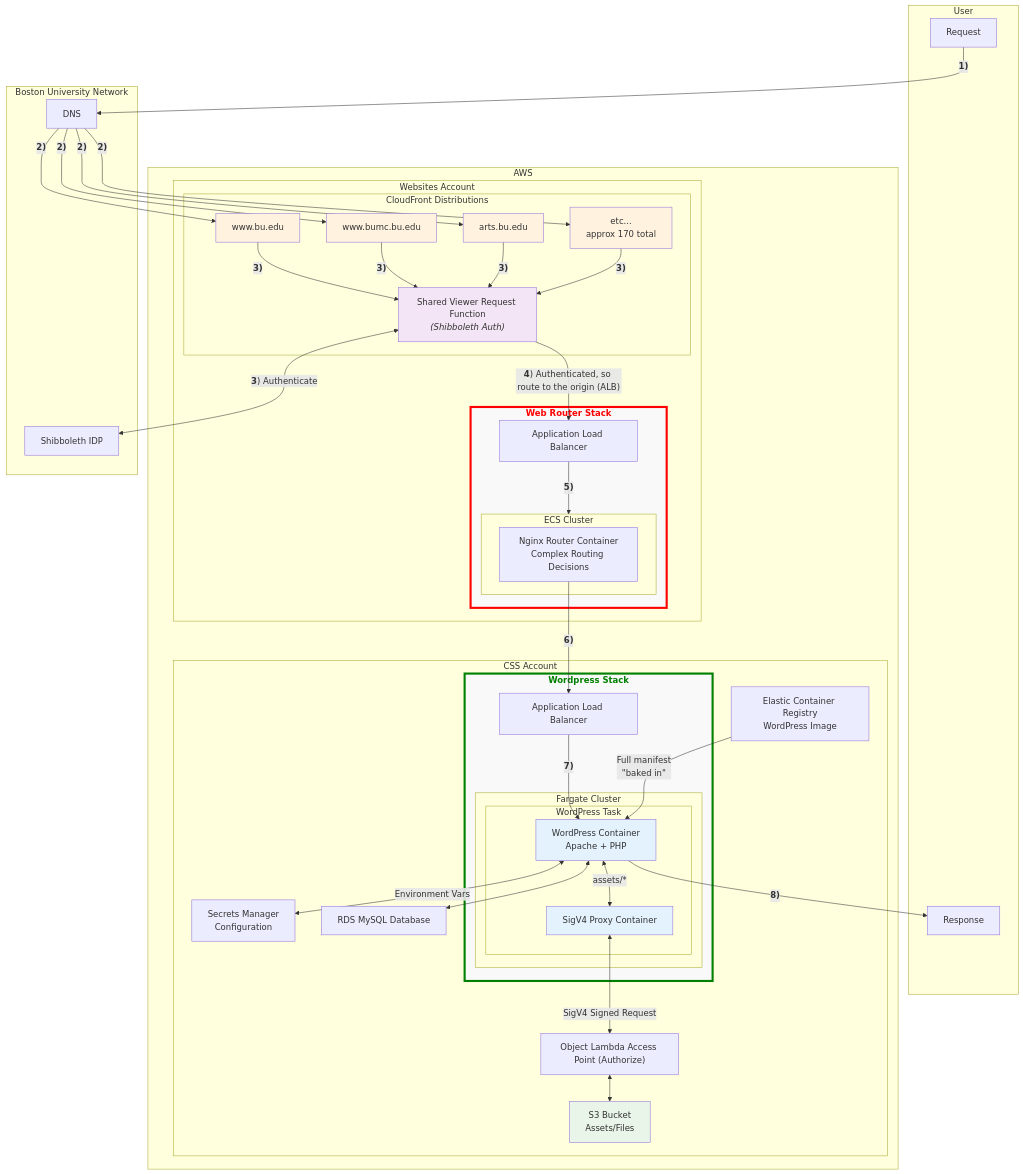
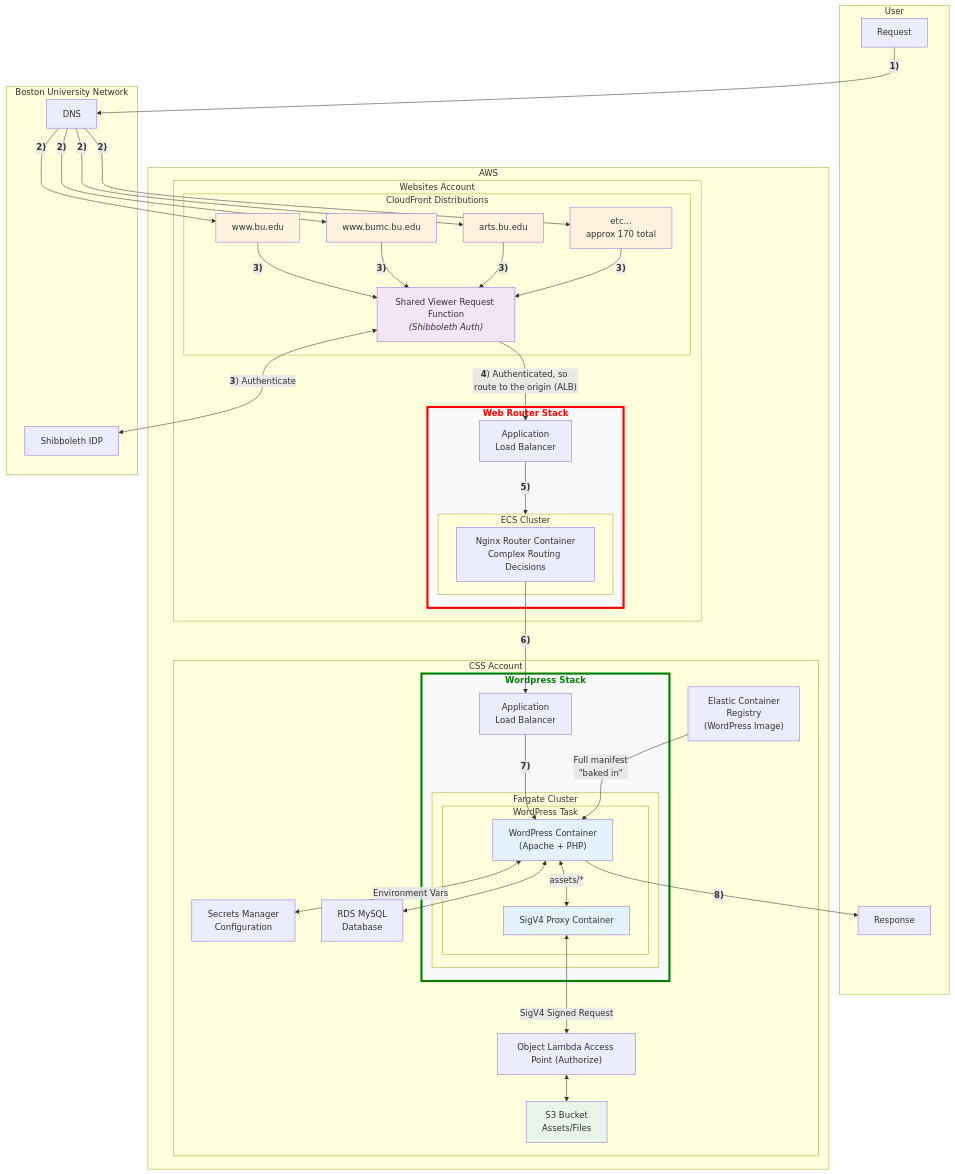
The diagram in docs/phase2-with-webrouter-A.md (whennemuth/bu-wp-ecs), drawn with Mermaid before and after one commit. The commit also changed 1 other file, not shown here.

Commit message:
Adding scenario B for shibsp as a sidecar container

```diff
--- a/docs/phase2-with-webrouter-A.md
+++ b/docs/phase2-with-webrouter-A.md
@@ -16,7 +16,7 @@
             end
             
             subgraph RTR[Web Router Stack]
-                ALB1[Application Load Balancer]
+                ALB1[Application<br>Load Balancer]
                 subgraph ECS[ECS Cluster]
                     NGINX[Nginx Router Container<br/>Complex Routing Decisions]
                 end
@@ -25,18 +25,18 @@
 
         subgraph CSS[CSS Account]
             subgraph STACK[Wordpress Stack]
-                ALB2[Application Load Balancer]
+                ALB2[Application<br>Load Balancer]
                 subgraph FG[Fargate Cluster]
                     subgraph WordPress Task
-                        WP[WordPress Container<br/>Apache + PHP]
+                        WP[WordPress Container<br/>&lpar;Apache + PHP&rpar;]
                         SIDECAR[SigV4 Proxy Container]
                     end
                 end
             end
             
-            ECR[Elastic Container Registry<br/>WordPress Image]
+            ECR[Elastic Container<br>Registry<br/>&lpar;WordPress Image&rpar;]
             SM[Secrets Manager<br/>Configuration]
-            RDS[RDS MySQL Database]
+            RDS[RDS MySQL<br>Database]
             OL[Object Lambda Access Point &lpar;Authorize&rpar;]
             S3[S3 Bucket<br/>Assets/Files]
         end
```
